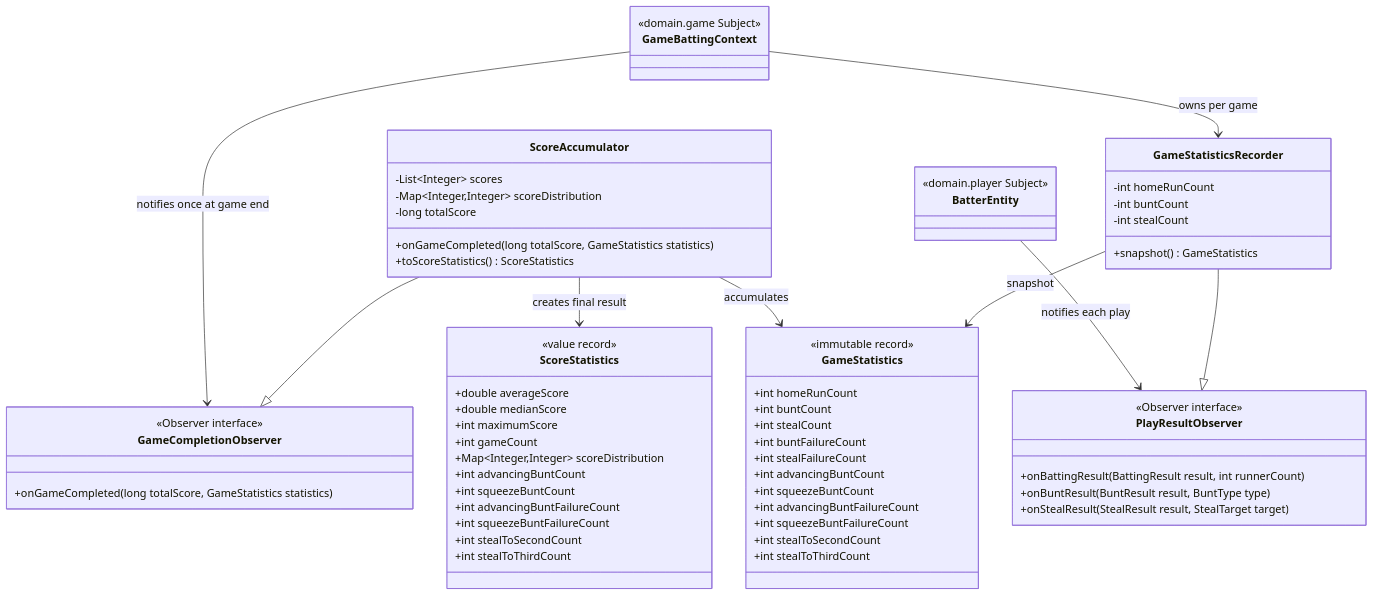
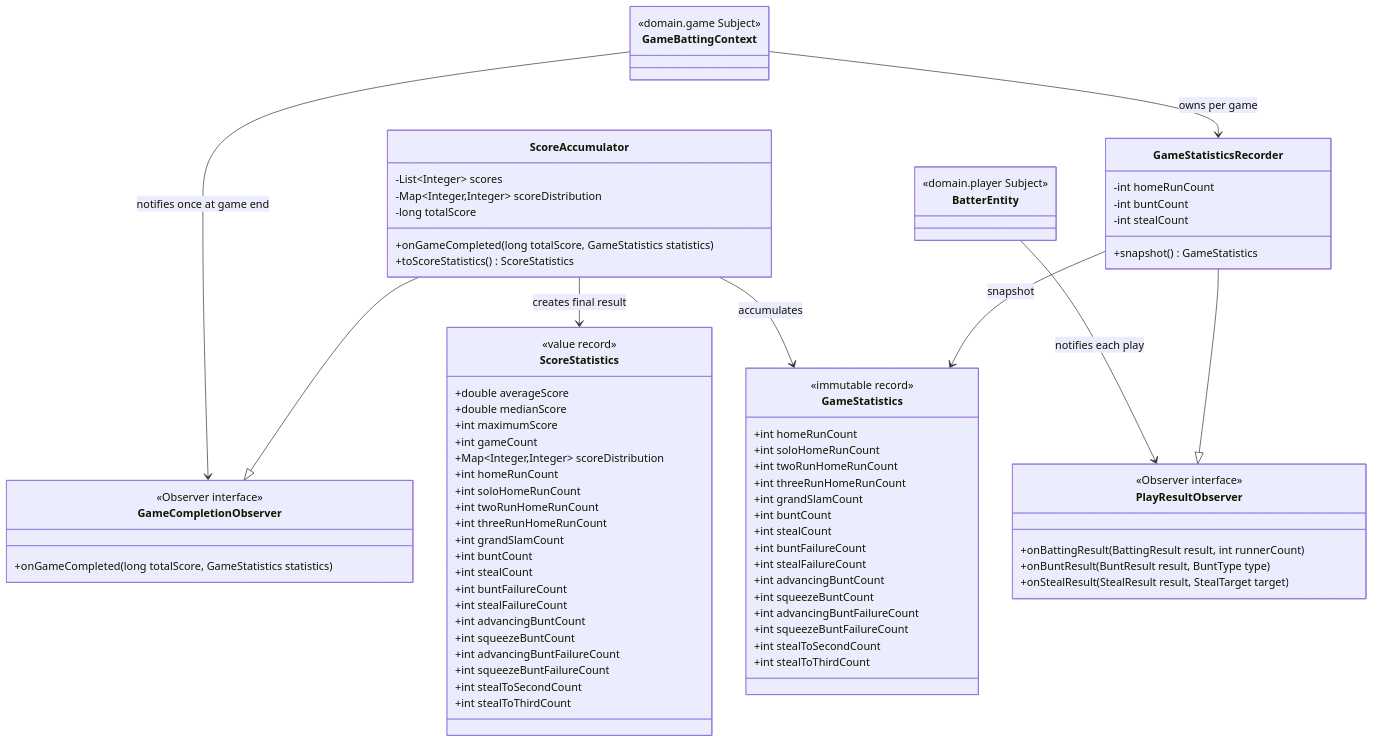
Before and after one commit to midetaro/baseball-orders: the third of 3 diagrams in apps/simulator/README.md, drawn with Mermaid. The commit also changed other lines of this file and 14 other files, not shown here.

```diff
--- a/apps/simulator/README.md
+++ b/apps/simulator/README.md
@@ -288,6 +325,10 @@
     class GameStatistics {
         <<immutable record>>
         +int homeRunCount
+        +int soloHomeRunCount
+        +int twoRunHomeRunCount
+        +int threeRunHomeRunCount
+        +int grandSlamCount
         +int buntCount
         +int stealCount
         +int buntFailureCount
@@ -318,6 +359,15 @@
         +int maximumScore
         +int gameCount
         +Map~Integer,Integer~ scoreDistribution
+        +int homeRunCount
+        +int soloHomeRunCount
+        +int twoRunHomeRunCount
+        +int threeRunHomeRunCount
+        +int grandSlamCount
+        +int buntCount
+        +int stealCount
+        +int buntFailureCount
+        +int stealFailureCount
         +int advancingBuntCount
         +int squeezeBuntCount
         +int advancingBuntFailureCount
```
